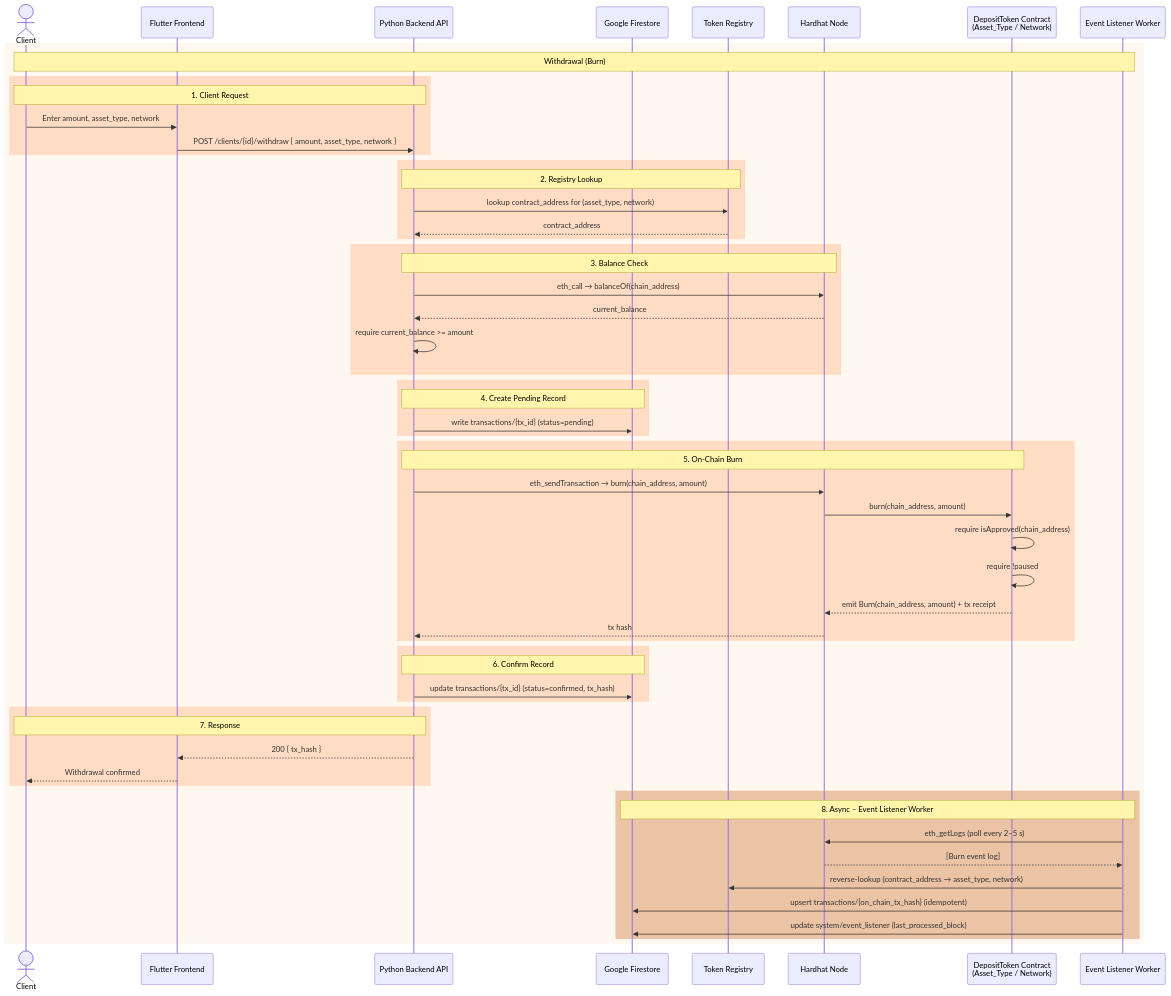
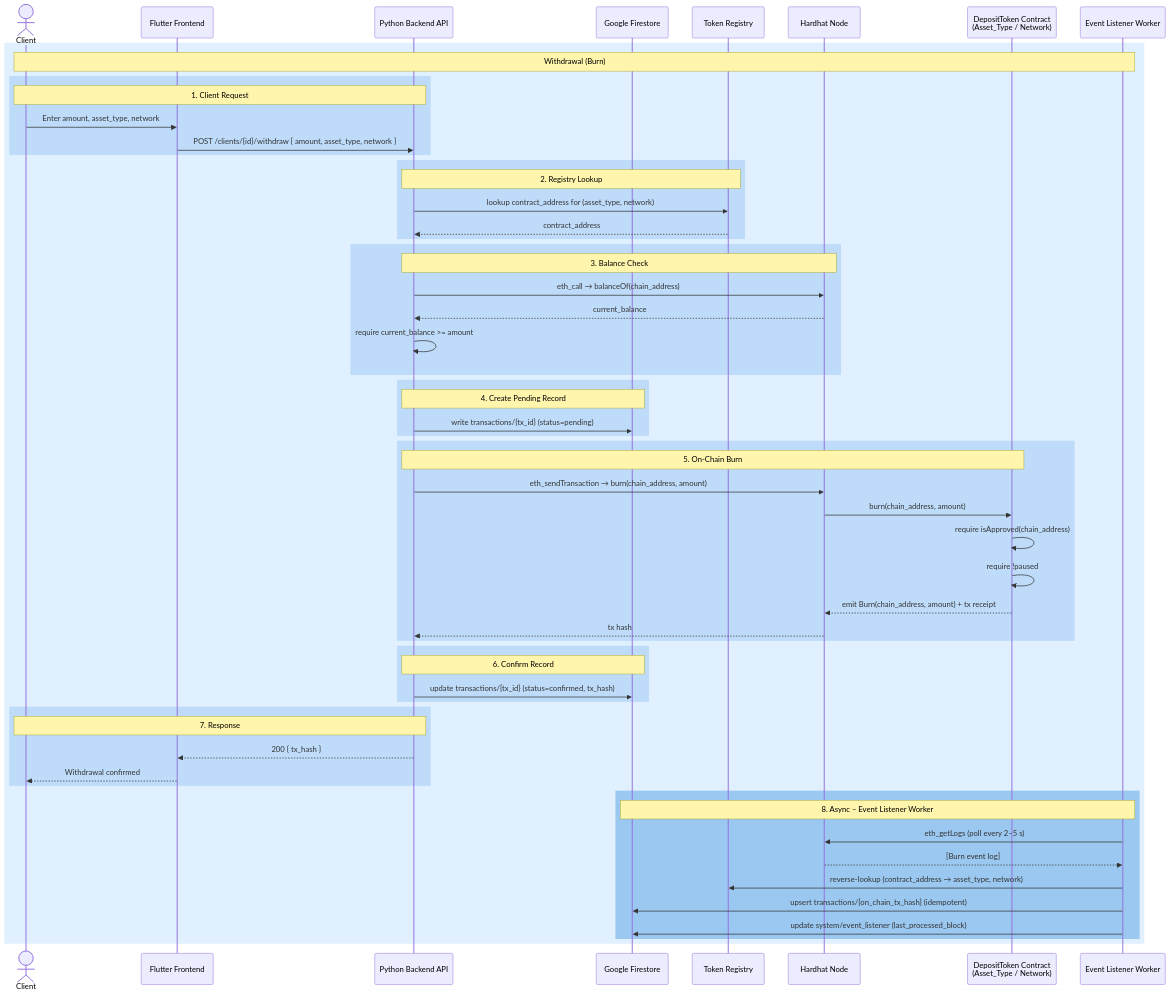
One commit to tthavee/tokenized-deposits changed the fourth of 5 diagrams in .kiro/specs/tokenized-deposits-poc/design.md. Above: the diagram before and after it, drawn with Mermaid. The commit also changed other lines of this file, not shown here.

Commit message:
color update

````diff
--- a/.kiro/specs/tokenized-deposits-poc/design.md
+++ b/.kiro/specs/tokenized-deposits-poc/design.md
@@ -184,69 +184,69 @@
 ```mermaid
 sequenceDiagram
     actor Client
     participant FE as Flutter Frontend
     participant API as Python Backend API
     participant FS as Google Firestore
     participant TR as Token Registry
     participant HH as Hardhat Node
     participant SC as DepositToken Contract<br/>(Asset_Type / Network)
     participant EL as Event Listener Worker
 
-    rect rgb(255, 248, 240)
+    rect rgb(224, 240, 255)
         Note over Client,EL: Withdrawal (Burn)
 
-        rect rgb(255, 220, 195)
+        rect rgb(190, 220, 250)
             Note over Client,API: 1. Client Request
             Client->>FE: Enter amount, asset_type, network
             FE->>API: POST /clients/{id}/withdraw { amount, asset_type, network }
         end
 
-        rect rgb(255, 220, 195)
+        rect rgb(190, 220, 250)
             Note over API,TR: 2. Registry Lookup
             API->>TR: lookup contract_address for (asset_type, network)
             TR-->>API: contract_address
         end
 
-        rect rgb(255, 220, 195)
+        rect rgb(190, 220, 250)
             Note over API,HH: 3. Balance Check
             API->>HH: eth_call → balanceOf(chain_address)
             HH-->>API: current_balance
             API->>API: require current_balance >= amount
         end
 
-        rect rgb(255, 220, 195)
+        rect rgb(190, 220, 250)
             Note over API,FS: 4. Create Pending Record
             API->>FS: write transactions/{tx_id} (status=pending)
         end
 
-        rect rgb(255, 220, 195)
+        rect rgb(190, 220, 250)
             Note over API,SC: 5. On-Chain Burn
             API->>HH: eth_sendTransaction → burn(chain_address, amount)
             HH->>SC: burn(chain_address, amount)
             SC->>SC: require isApproved(chain_address)
             SC->>SC: require !paused
             SC-->>HH: emit Burn(chain_address, amount) + tx receipt
             HH-->>API: tx hash
         end
 
-        rect rgb(255, 220, 195)
+        rect rgb(190, 220, 250)
             Note over API,FS: 6. Confirm Record
             API->>FS: update transactions/{tx_id} (status=confirmed, tx_hash)
         end
 
-        rect rgb(255, 220, 195)
+        rect rgb(190, 220, 250)
             Note over API,Client: 7. Response
             API-->>FE: 200 { tx_hash }
             FE-->>Client: Withdrawal confirmed
         end
 
-        rect rgb(235, 195, 165)
+        rect rgb(155, 200, 240)
             Note over EL,FS: 8. Async – Event Listener Worker
             EL->>HH: eth_getLogs (poll every 2–5 s)
             HH-->>EL: [Burn event log]
             EL->>TR: reverse-lookup (contract_address → asset_type, network)
             EL->>FS: upsert transactions/{on_chain_tx_hash} (idempotent)
             EL->>FS: update system/event_listener (last_processed_block)
         end
     end
 ```
````
